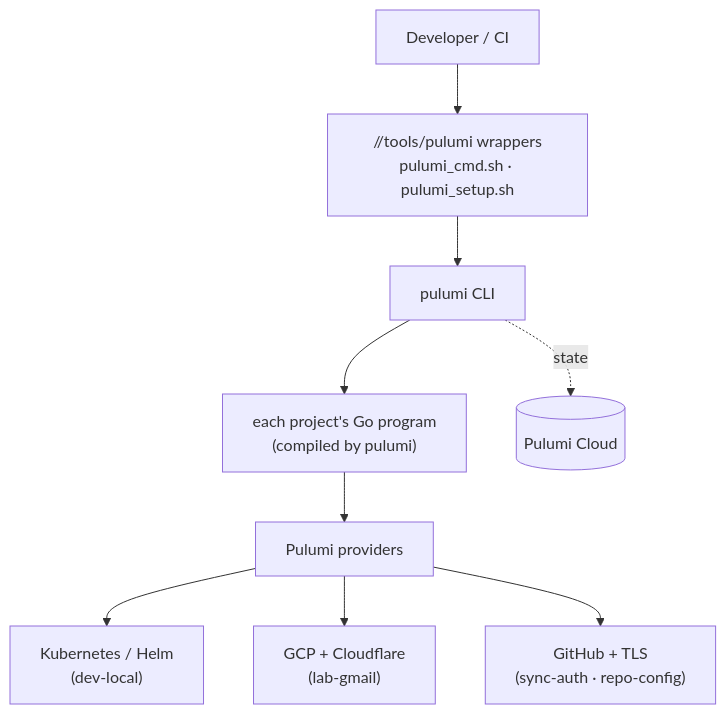
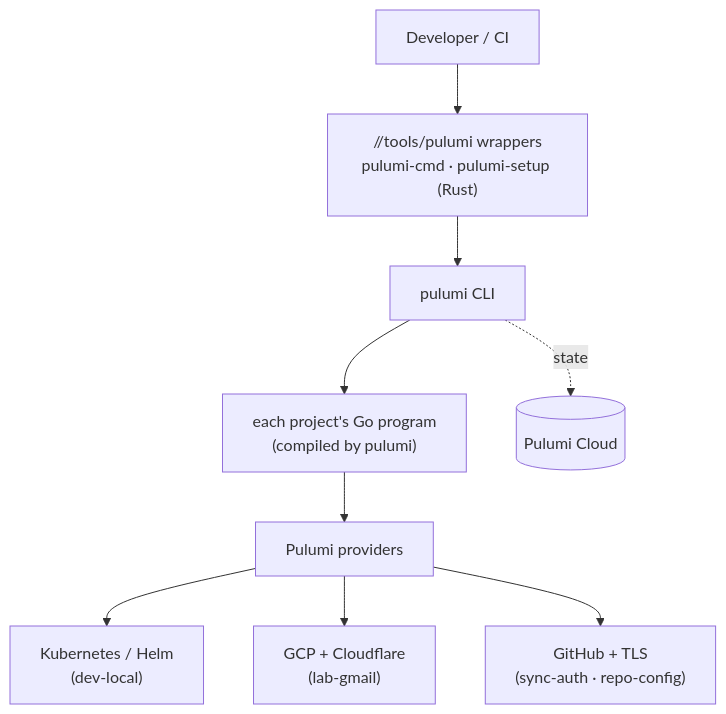
One commit to VitruvianSoftware/vitruvian-core changed the first of 7 diagrams in docs/infrastructure/architecture.md. Above: the diagram before and after it, drawn with Mermaid. The commit also changed other lines of this file and 47 other files, not shown here.

````diff
--- a/docs/infrastructure/architecture.md
+++ b/docs/infrastructure/architecture.md
@@ -27,11 +27,11 @@
 ```mermaid
 flowchart TB
-    dev["Developer / CI"] --> wrap["//tools/pulumi wrappers<br/>pulumi_cmd.sh · pulumi_setup.sh"]
+    dev["Developer / CI"] --> wrap["//tools/pulumi wrappers<br/>pulumi-cmd · pulumi-setup (Rust)"]
     wrap --> pulumi["pulumi CLI"]
     pulumi --> prog["each project's Go program<br/>(compiled by pulumi)"]
     prog --> providers["Pulumi providers"]
     providers --> k8s["Kubernetes / Helm<br/>(dev-local)"]
     providers --> gcpp["GCP + Cloudflare<br/>(lab-gmail)"]
     providers --> ghp["GitHub + TLS<br/>(sync-auth · repo-config)"]
     pulumi -. state .-> cloud[("Pulumi Cloud")]
 ```
````
